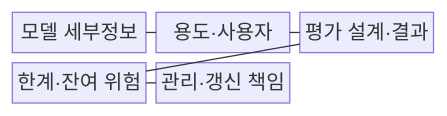
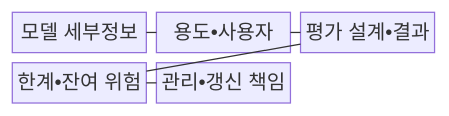
One commit to agnusdei1207/knowledge-base changed the first of 2 diagrams in src/content/docs/notes/08-latest-tech/107_model_card.md. Above: the diagram before and after it, drawn with Mermaid. The commit also changed other lines of this file and 953 other files, not shown here.

````diff
--- a/src/content/docs/notes/08-latest-tech/107_model_card.md
+++ b/src/content/docs/notes/08-latest-tech/107_model_card.md
@@ -66,13 +66,13 @@
 ```mermaid
 block-beta
     columns 3
     I["모델 세부정보"]
-    U["용도·사용자"]
-    E["평가 설계·결과"]
-    L["한계·잔여 위험"]
-    G["관리·갱신 책임"]
+    U["용도•사용자"]
+    E["평가 설계•결과"]
+    L["한계•잔여 위험"]
+    G["관리•갱신 책임"]
     I --- U
     U --- E
     E --- L
     L --- G
 ```
````
